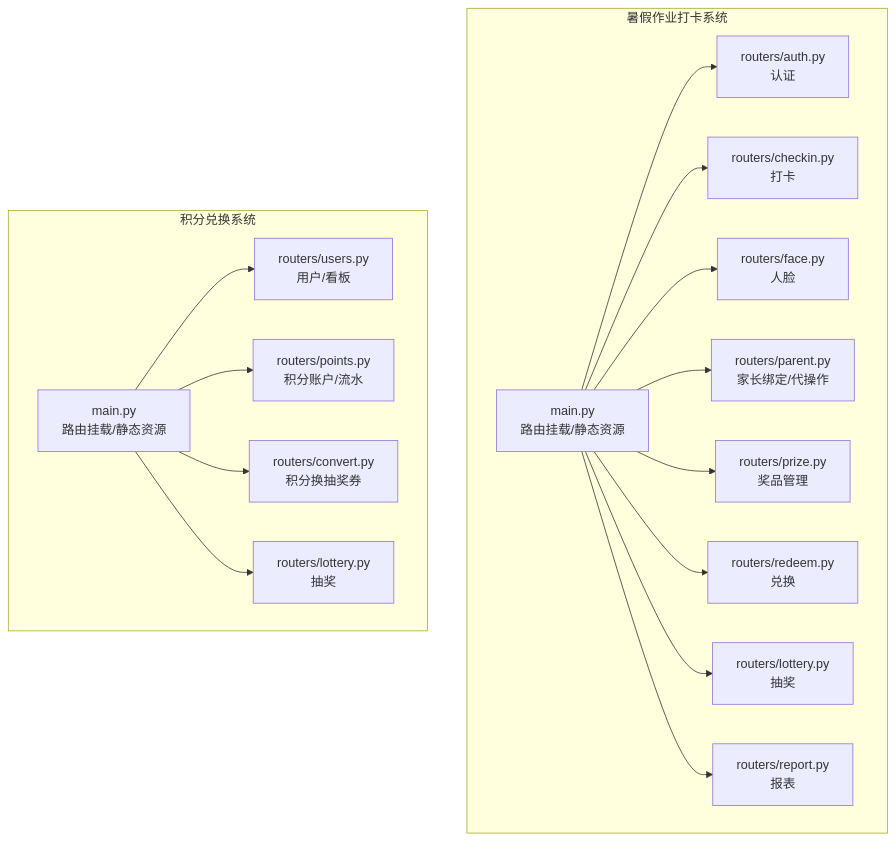
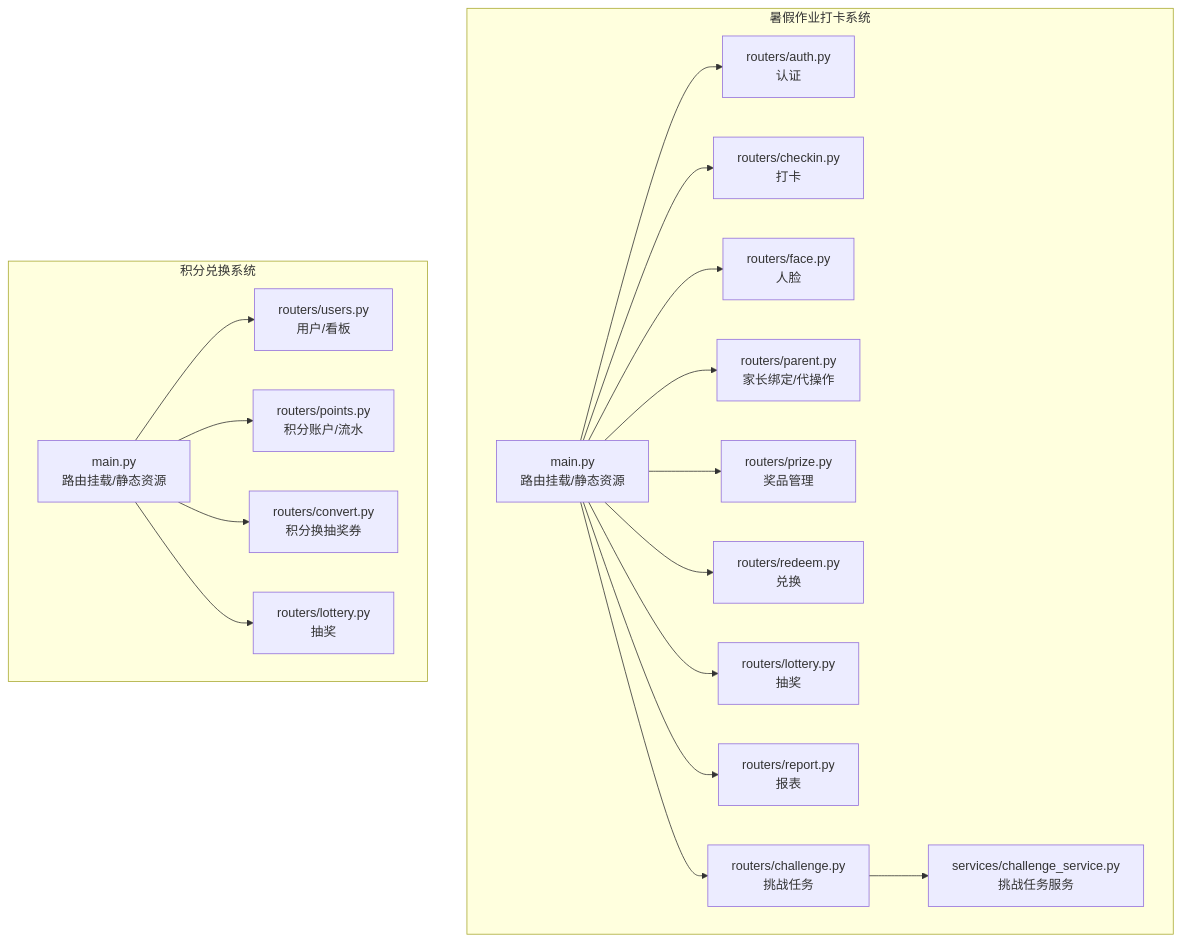
Before and after one commit to onebody/homework: the first of 8 diagrams in .qoder/repowiki/zh/content/API接口文档/API接口文档.md, drawn with Mermaid. The commit also changed other lines of this file and 15 other files, not shown here.

````diff
--- a/.qoder/repowiki/zh/content/API接口文档/API接口文档.md
+++ b/.qoder/repowiki/zh/content/API接口文档/API接口文档.md
@@ -54,33 +66,37 @@
 ```mermaid
 graph TB
 subgraph "暑假作业打卡系统"
 A_main["main.py<br/>路由挂载/静态资源"]
 A_auth["routers/auth.py<br/>认证"]
 A_checkin["routers/checkin.py<br/>打卡"]
 A_face["routers/face.py<br/>人脸"]
 A_parent["routers/parent.py<br/>家长绑定/代操作"]
 A_prize["routers/prize.py<br/>奖品管理"]
 A_redeem["routers/redeem.py<br/>兑换"]
 A_lottery["routers/lottery.py<br/>抽奖"]
 A_report["routers/report.py<br/>报表"]
+A_challenge["routers/challenge.py<br/>挑战任务"]
+A_challenge_svc["services/challenge_service.py<br/>挑战任务服务"]
 end
 subgraph "积分兑换系统"
 B_main["main.py<br/>路由挂载/静态资源"]
 B_users["routers/users.py<br/>用户/看板"]
 B_points["routers/points.py<br/>积分账户/流水"]
 B_convert["routers/convert.py<br/>积分换抽奖券"]
 B_lottery["routers/lottery.py<br/>抽奖"]
 end
 A_main --> A_auth
 A_main --> A_checkin
 A_main --> A_face
 A_main --> A_parent
 A_main --> A_prize
 A_main --> A_redeem
 A_main --> A_lottery
 A_main --> A_report
+A_main --> A_challenge
+A_challenge --> A_challenge_svc
 B_main --> B_users
 B_main --> B_points
 B_main --> B_convert
 B_main --> B_lottery
 ```
````
